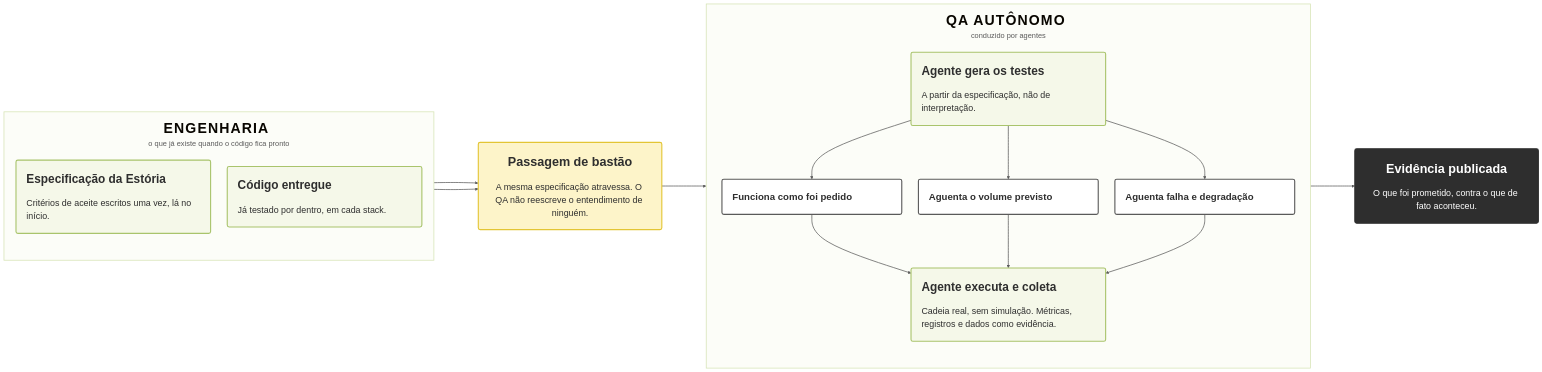
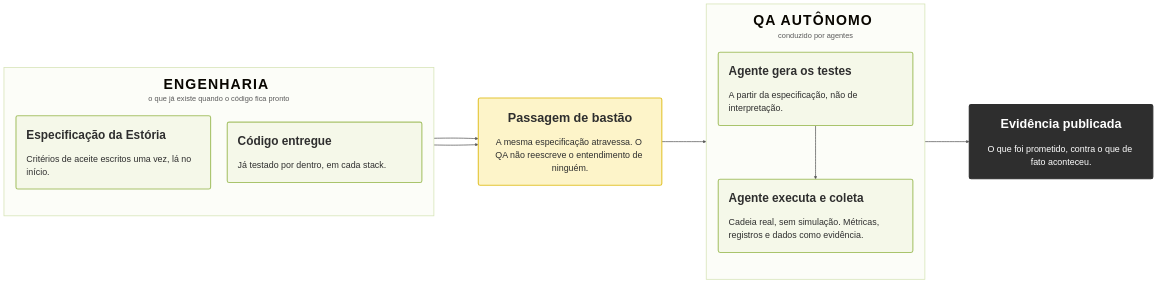
Before and after one commit to diegolirio/workflow-ai-first: the third of 7 diagrams in workflow.md, drawn with Mermaid. The commit also changed other lines of this file, not shown here.

````diff
--- a/workflow.md
+++ b/workflow.md
@@ -386,48 +386,39 @@
 ```mermaid
 %%{init: {"theme":"base","themeVariables":{"fontFamily":"Helvetica Neue, Helvetica, Arial, sans-serif","fontSize":"18px","lineColor":"#5A5A5A","primaryTextColor":"#2E2E2E"},"flowchart":{"htmlLabels":true,"curve":"basis","nodeSpacing":45,"rankSpacing":120,"padding":28,"useMaxWidth":false,"subGraphTitleMargin":{"top":18,"bottom":40}}}}%%
 flowchart LR
     classDef down fill:#F5F8E9,stroke:#A9C46C,stroke-width:3px,color:#2E2E2E
     classDef queue fill:#FDF4C9,stroke:#E3C534,stroke-width:3px,color:#2E2E2E
     classDef plain fill:#FFFFFF,stroke:#5A5A5A,stroke-width:3px,color:#2E2E2E
     classDef guard fill:#2E2E2E,stroke:#2E2E2E,stroke-width:3px,color:#FFFFFF
 
     subgraph ENG["<span style='display:inline-block;width:520px;text-align:center;line-height:1.4'><span style='font-size:38px;font-weight:800;letter-spacing:3px'>ENGENHARIA&nbsp;</span><br/><span style='font-size:20px;color:#5A5A5A'>o que já existe quando o código fica pronto</span></span>"]
         direction TB
         SPEC("<span style='display:inline-block;width:470px;text-align:left;line-height:1.45'><span style='font-size:32px;font-weight:700'>Especificação da Estória</span><br/><br/><span style='font-size:24px'>Critérios de aceite escritos uma vez, lá no início.</span></span>")
         COD("<span style='display:inline-block;width:470px;text-align:left;line-height:1.45'><span style='font-size:32px;font-weight:700'>Código entregue</span><br/><br/><span style='font-size:24px'>Já testado por dentro, em cada stack.</span></span>")
     end
 
     BAST("<span style='display:inline-block;width:440px;text-align:center;line-height:1.45'><span style='font-size:34px;font-weight:700'>Passagem de bastão</span><br/><br/><span style='font-size:24px'>A mesma especificação atravessa. O QA não reescreve o entendimento de ninguém.</span></span>")
 
     subgraph QAB["<span style='display:inline-block;width:520px;text-align:center;line-height:1.4'><span style='font-size:38px;font-weight:800;letter-spacing:3px'>QA AUTÔNOMO&nbsp;</span><br/><span style='font-size:20px;color:#5A5A5A'>conduzido por agentes</span></span>"]
         direction TB
         GER("<span style='display:inline-block;width:470px;text-align:left;line-height:1.45'><span style='font-size:32px;font-weight:700'>Agente gera os testes</span><br/><br/><span style='font-size:24px'>A partir da especificação, não de interpretação.</span></span>")
-        T1("<span style='display:inline-block;width:430px;text-align:left'><span style='font-size:26px;font-weight:700'>Funciona como foi pedido</span></span>")
-        T2("<span style='display:inline-block;width:430px;text-align:left'><span style='font-size:26px;font-weight:700'>Aguenta o volume previsto</span></span>")
-        T3("<span style='display:inline-block;width:430px;text-align:left'><span style='font-size:26px;font-weight:700'>Aguenta falha e degradação</span></span>")
         EXEC("<span style='display:inline-block;width:470px;text-align:left;line-height:1.45'><span style='font-size:32px;font-weight:700'>Agente executa e coleta</span><br/><br/><span style='font-size:24px'>Cadeia real, sem simulação. Métricas, registros e dados como evidência.</span></span>")
-        GER --> T1
-        GER --> T2
-        GER --> T3
-        T1 --> EXEC
-        T2 --> EXEC
-        T3 --> EXEC
+        GER --> EXEC
     end
 
     REL("<span style='display:inline-block;width:440px;text-align:center;line-height:1.45'><span style='font-size:34px;font-weight:700'>Evidência publicada</span><br/><br/><span style='font-size:24px'>O que foi prometido, contra o que de fato aconteceu.</span></span>")
 
     SPEC --> BAST
     COD --> BAST
     BAST --> GER
     EXEC --> REL
 
     class SPEC,COD down
     class BAST queue
     class GER,EXEC down
-    class T1,T2,T3 plain
     class REL guard
 
     style ENG fill:#FCFDF8,stroke:#D5E3B4,stroke-width:2px
     style QAB fill:#FCFDF8,stroke:#D5E3B4,stroke-width:2px
     linkStyle default stroke:#5A5A5A,stroke-width:2px
 ```
````
